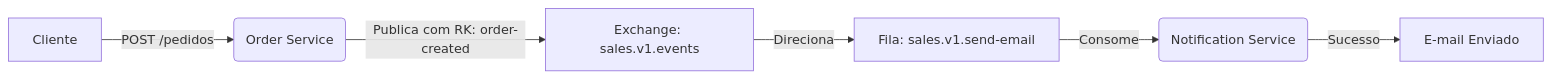
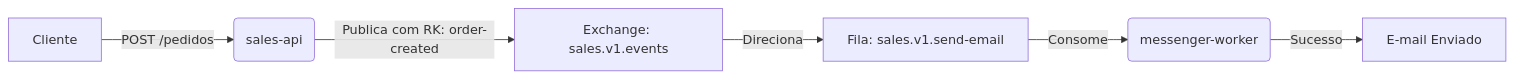
Before and after one commit to HallefBruno/sales-event-architecture: the diagram in README.md, drawn with Mermaid. The commit also changed other lines of this file, not shown here.

````diff
--- a/README.md
+++ b/README.md
@@ -18,8 +18,8 @@
 ```mermaid
 graph LR
-    A[Cliente] -->|POST /pedidos| B(Order Service)
+    A[Cliente] -->|POST /pedidos| B(sales-api)
     B -->|Publica com RK: order-created| C[Exchange: sales.v1.events]
     C -->|Direciona| D[Fila: sales.v1.send-email]
-    D -->|Consome| E(Notification Service)
+    D -->|Consome| E(messenger-worker)
     E -->|Sucesso| F[E-mail Enviado]
 ```
````
